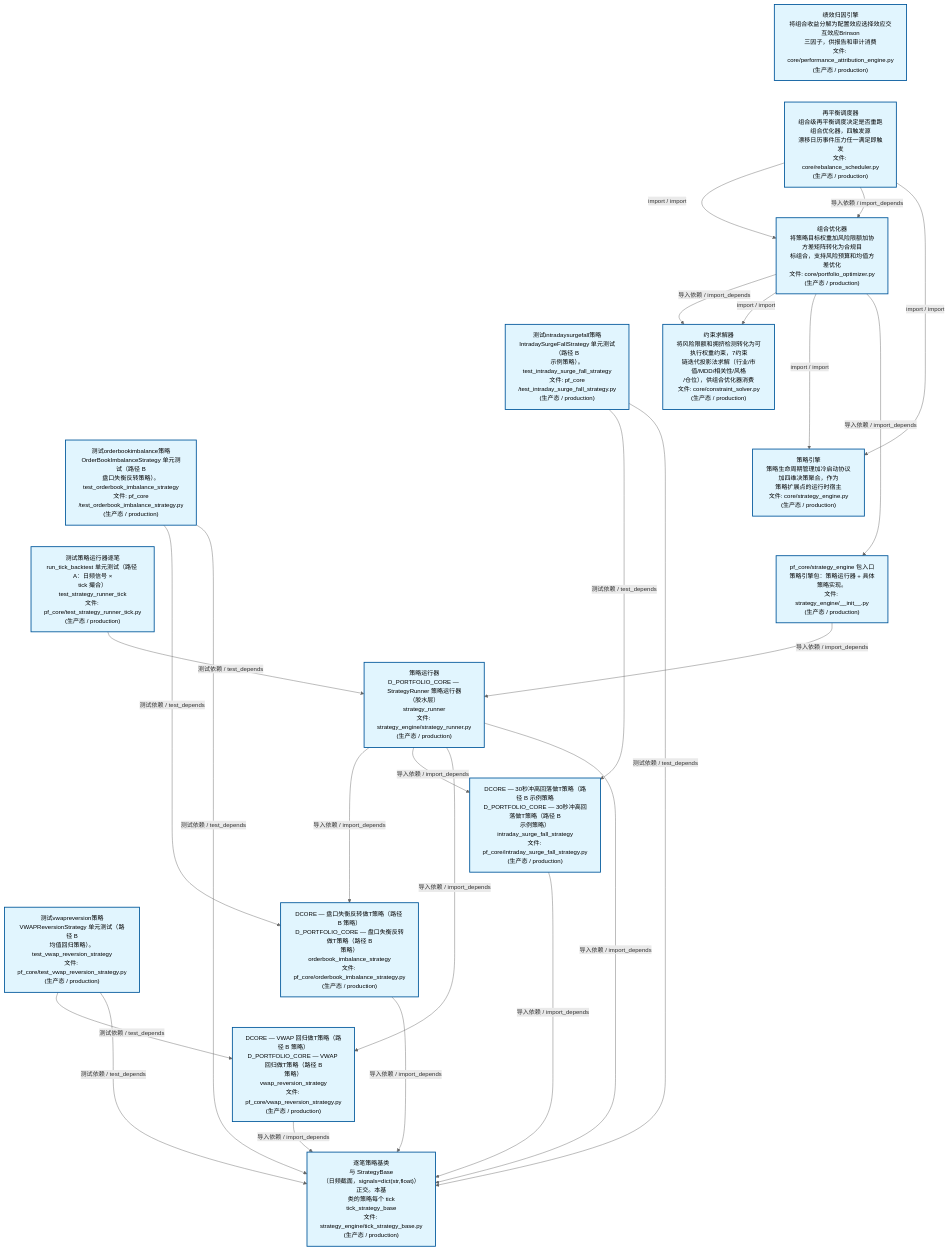
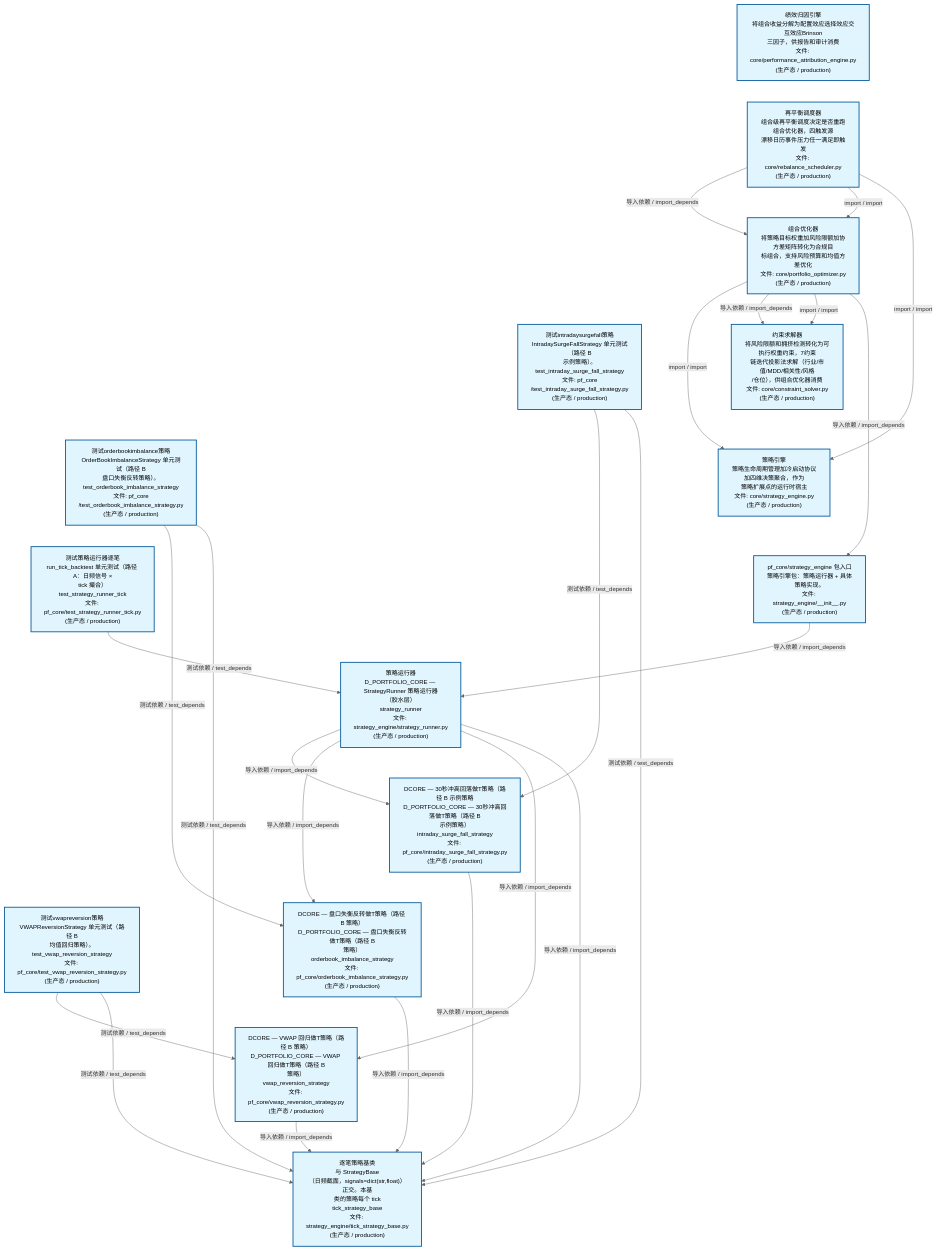
One commit to xuanFelixVan/ZephyrAlpha changed the second of 4 diagrams in docs/02_enterprise_architecture/02_domain_architecture_docs/63_d_pf_core.md. Above: the diagram before and after it, drawn with Mermaid. The commit also changed other lines of this file and 42 other files, not shown here.

````diff
--- a/docs/02_enterprise_architecture/02_domain_architecture_docs/63_d_pf_core.md
+++ b/docs/02_enterprise_architecture/02_domain_architecture_docs/63_d_pf_core.md
@@ -140,55 +140,55 @@
 ```mermaid
 %%{init: {'theme': 'base', 'themeVariables': {'primaryColor': '#eaeaea', 'primaryTextColor': '#333333', 'primaryBorderColor': '#666666', 'lineColor': '#666666', 'secondaryColor': '#eaeaea', 'tertiaryColor': '#eaeaea', 'fontSize': '14px'}}}%%
 flowchart TD
     src_zephyr_pf_core_core_performance_attribution_engine_py["绩效归因引擎<br/>将组合收益分解为配置效应选择效应交互效应Brinson<br/>三因子，供报告和审计消费<br/>文件: core/performance_attribution_engine.py<br/>(生产态 / production)"]
     src_zephyr_pf_core_core_rebalance_scheduler_py["再平衡调度器<br/>组合级再平衡调度决定是否重跑组合优化器，四触发源<br/>漂移日历事件压力任一满足即触发<br/>文件: core/rebalance_scheduler.py<br/>(生产态 / production)"]
     tests_pf_core_test_intraday_surge_fall_strategy_py["测试intradaysurgefall策略<br/>IntradaySurgeFallStrategy 单元测试（路径 B<br/>示例策略）。<br/>test_intraday_surge_fall_strategy<br/>文件: pf_core<br/>/test_intraday_surge_fall_strategy.py<br/>(生产态 / production)"]
     tests_pf_core_test_orderbook_imbalance_strategy_py["测试orderbookimbalance策略<br/>OrderBookImbalanceStrategy 单元测试（路径 B<br/>盘口失衡反转策略）。<br/>test_orderbook_imbalance_strategy<br/>文件: pf_core<br/>/test_orderbook_imbalance_strategy.py<br/>(生产态 / production)"]
     tests_pf_core_test_strategy_runner_tick_py["测试策略运行器逐笔<br/>run_tick_backtest 单元测试（路径 A：日频信号 ×<br/>tick 撮合）<br/>test_strategy_runner_tick<br/>文件: pf_core/test_strategy_runner_tick.py<br/>(生产态 / production)"]
     tests_pf_core_test_vwap_reversion_strategy_py["测试vwapreversion策略<br/>VWAPReversionStrategy 单元测试（路径 B<br/>均值回归策略）。<br/>test_vwap_reversion_strategy<br/>文件: pf_core/test_vwap_reversion_strategy.py<br/>(生产态 / production)"]
     src_zephyr_pf_core_core_performance_attribution_engine_py ~~~ src_zephyr_pf_core_core_rebalance_scheduler_py
     src_zephyr_pf_core_core_rebalance_scheduler_py ~~~ tests_pf_core_test_intraday_surge_fall_strategy_py
     tests_pf_core_test_intraday_surge_fall_strategy_py ~~~ tests_pf_core_test_orderbook_imbalance_strategy_py
     tests_pf_core_test_orderbook_imbalance_strategy_py ~~~ tests_pf_core_test_strategy_runner_tick_py
     tests_pf_core_test_strategy_runner_tick_py ~~~ tests_pf_core_test_vwap_reversion_strategy_py
     src_zephyr_pf_core_core_portfolio_optimizer_py["组合优化器<br/>将策略目标权重加风险限额加协方差矩阵转化为合规目<br/>标组合，支持风险预算和均值方差优化<br/>文件: core/portfolio_optimizer.py<br/>(生产态 / production)"]
     src_zephyr_pf_core_core_constraint_solver_py["约束求解器<br/>将风险限额和拥挤检测转化为可执行权重约束，7约束<br/>链迭代投影法求解（行业/市值/MDD/相关性/风格<br/>/仓位），供组合优化器消费<br/>文件: core/constraint_solver.py<br/>(生产态 / production)"]
     src_zephyr_pf_core_core_strategy_engine_py["策略引擎<br/>策略生命周期管理加冷启动协议加四维决策聚合，作为<br/>策略扩展点的运行时宿主<br/>文件: core/strategy_engine.py<br/>(生产态 / production)"]
     src_zephyr_pf_core_strategy_engine_init_py["pf_core/strategy_engine 包入口<br/>策略引擎包：策略运行器 + 具体策略实现。<br/>文件: strategy_engine/__init__.py<br/>(生产态 / production)"]
     src_zephyr_pf_core_core_constraint_solver_py ~~~ src_zephyr_pf_core_core_strategy_engine_py
     src_zephyr_pf_core_core_strategy_engine_py ~~~ src_zephyr_pf_core_strategy_engine_init_py
     src_zephyr_pf_core_strategy_engine_strategy_runner_py["策略运行器<br/>D_PORTFOLIO_CORE — StrategyRunner 策略运行器<br/>（胶水层）<br/>strategy_runner<br/>文件: strategy_engine/strategy_runner.py<br/>(生产态 / production)"]
     src_zephyr_pf_core_intraday_surge_fall_strategy_py["DCORE — 30秒冲高回落做T策略（路径 B 示例策略<br/>D_PORTFOLIO_CORE — 30秒冲高回落做T策略（路径 B<br/>示例策略）<br/>intraday_surge_fall_strategy<br/>文件: pf_core/intraday_surge_fall_strategy.py<br/>(生产态 / production)"]
     src_zephyr_pf_core_orderbook_imbalance_strategy_py["DCORE — 盘口失衡反转做T策略（路径 B 策略）<br/>D_PORTFOLIO_CORE — 盘口失衡反转做T策略（路径 B<br/>策略）<br/>orderbook_imbalance_strategy<br/>文件: pf_core/orderbook_imbalance_strategy.py<br/>(生产态 / production)"]
     src_zephyr_pf_core_vwap_reversion_strategy_py["DCORE — VWAP 回归做T策略（路径 B 策略）<br/>D_PORTFOLIO_CORE — VWAP 回归做T策略（路径 B<br/>策略）<br/>vwap_reversion_strategy<br/>文件: pf_core/vwap_reversion_strategy.py<br/>(生产态 / production)"]
     src_zephyr_pf_core_intraday_surge_fall_strategy_py ~~~ src_zephyr_pf_core_orderbook_imbalance_strategy_py
     src_zephyr_pf_core_orderbook_imbalance_strategy_py ~~~ src_zephyr_pf_core_vwap_reversion_strategy_py
     src_zephyr_pf_core_strategy_engine_tick_strategy_base_py["逐笔策略基类<br/>与 StrategyBase<br/>（日频截面，signals=dict(str,float)）正交。本基<br/>类的策略每个 tick<br/>tick_strategy_base<br/>文件: strategy_engine/tick_strategy_base.py<br/>(生产态 / production)"]
+    src_zephyr_pf_core_intraday_surge_fall_strategy_py -->|导入依赖 / import_depends| src_zephyr_pf_core_strategy_engine_tick_strategy_base_py
     src_zephyr_pf_core_orderbook_imbalance_strategy_py -->|导入依赖 / import_depends| src_zephyr_pf_core_strategy_engine_tick_strategy_base_py
-    src_zephyr_pf_core_intraday_surge_fall_strategy_py -->|导入依赖 / import_depends| src_zephyr_pf_core_strategy_engine_tick_strategy_base_py
     src_zephyr_pf_core_vwap_reversion_strategy_py -->|导入依赖 / import_depends| src_zephyr_pf_core_strategy_engine_tick_strategy_base_py
-    src_zephyr_pf_core_core_rebalance_scheduler_py -->|import / import| src_zephyr_pf_core_core_portfolio_optimizer_py
-    src_zephyr_pf_core_core_rebalance_scheduler_py -->|导入依赖 / import_depends| src_zephyr_pf_core_core_portfolio_optimizer_py
-    src_zephyr_pf_core_core_rebalance_scheduler_py -->|import / import| src_zephyr_pf_core_core_strategy_engine_py
+    src_zephyr_pf_core_core_portfolio_optimizer_py -->|import / import| src_zephyr_pf_core_core_strategy_engine_py
     src_zephyr_pf_core_core_portfolio_optimizer_py -->|导入依赖 / import_depends| src_zephyr_pf_core_core_constraint_solver_py
     src_zephyr_pf_core_core_portfolio_optimizer_py -->|import / import| src_zephyr_pf_core_core_constraint_solver_py
-    src_zephyr_pf_core_core_portfolio_optimizer_py -->|import / import| src_zephyr_pf_core_core_strategy_engine_py
     src_zephyr_pf_core_core_portfolio_optimizer_py -->|导入依赖 / import_depends| src_zephyr_pf_core_strategy_engine_init_py
+    src_zephyr_pf_core_core_rebalance_scheduler_py -->|导入依赖 / import_depends| src_zephyr_pf_core_core_portfolio_optimizer_py
+    src_zephyr_pf_core_core_rebalance_scheduler_py -->|import / import| src_zephyr_pf_core_core_portfolio_optimizer_py
+    src_zephyr_pf_core_core_rebalance_scheduler_py -->|import / import| src_zephyr_pf_core_core_strategy_engine_py
+    src_zephyr_pf_core_strategy_engine_init_py -->|导入依赖 / import_depends| src_zephyr_pf_core_strategy_engine_strategy_runner_py
+    src_zephyr_pf_core_strategy_engine_strategy_runner_py -->|导入依赖 / import_depends| src_zephyr_pf_core_intraday_surge_fall_strategy_py
     src_zephyr_pf_core_strategy_engine_strategy_runner_py -->|导入依赖 / import_depends| src_zephyr_pf_core_orderbook_imbalance_strategy_py
-    src_zephyr_pf_core_strategy_engine_strategy_runner_py -->|导入依赖 / import_depends| src_zephyr_pf_core_intraday_surge_fall_strategy_py
     src_zephyr_pf_core_strategy_engine_strategy_runner_py -->|导入依赖 / import_depends| src_zephyr_pf_core_vwap_reversion_strategy_py
     src_zephyr_pf_core_strategy_engine_strategy_runner_py -->|导入依赖 / import_depends| src_zephyr_pf_core_strategy_engine_tick_strategy_base_py
-    src_zephyr_pf_core_strategy_engine_init_py -->|导入依赖 / import_depends| src_zephyr_pf_core_strategy_engine_strategy_runner_py
+    tests_pf_core_test_intraday_surge_fall_strategy_py -->|测试依赖 / test_depends| src_zephyr_pf_core_intraday_surge_fall_strategy_py
+    tests_pf_core_test_intraday_surge_fall_strategy_py -->|测试依赖 / test_depends| src_zephyr_pf_core_strategy_engine_tick_strategy_base_py
     tests_pf_core_test_orderbook_imbalance_strategy_py -->|测试依赖 / test_depends| src_zephyr_pf_core_orderbook_imbalance_strategy_py
     tests_pf_core_test_orderbook_imbalance_strategy_py -->|测试依赖 / test_depends| src_zephyr_pf_core_strategy_engine_tick_strategy_base_py
+    tests_pf_core_test_strategy_runner_tick_py -->|测试依赖 / test_depends| src_zephyr_pf_core_strategy_engine_strategy_runner_py
     tests_pf_core_test_vwap_reversion_strategy_py -->|测试依赖 / test_depends| src_zephyr_pf_core_vwap_reversion_strategy_py
     tests_pf_core_test_vwap_reversion_strategy_py -->|测试依赖 / test_depends| src_zephyr_pf_core_strategy_engine_tick_strategy_base_py
-    tests_pf_core_test_strategy_runner_tick_py -->|测试依赖 / test_depends| src_zephyr_pf_core_strategy_engine_strategy_runner_py
-    tests_pf_core_test_intraday_surge_fall_strategy_py -->|测试依赖 / test_depends| src_zephyr_pf_core_intraday_surge_fall_strategy_py
-    tests_pf_core_test_intraday_surge_fall_strategy_py -->|测试依赖 / test_depends| src_zephyr_pf_core_strategy_engine_tick_strategy_base_py
     classDef production fill:#e1f5fe,stroke:#01579b,stroke-width:2px,color:#000
     classDef design fill:#fff3e0,stroke:#e65100,stroke-width:2px,color:#000,stroke-dasharray: 5 5
     classDef external_prod fill:#e8f4fd,stroke:#0277bd,stroke-width:1px,color:#000
     classDef external_design fill:#fff8e7,stroke:#ef6c00,stroke-width:1px,color:#000,stroke-dasharray: 5 5
     class src_zephyr_pf_core_core_constraint_solver_py,src_zephyr_pf_core_core_performance_attribution_engine_py,src_zephyr_pf_core_core_portfolio_optimizer_py,src_zephyr_pf_core_core_rebalance_scheduler_py,src_zephyr_pf_core_core_strategy_engine_py,src_zephyr_pf_core_intraday_surge_fall_strategy_py,src_zephyr_pf_core_orderbook_imbalance_strategy_py,src_zephyr_pf_core_strategy_engine_init_py,src_zephyr_pf_core_strategy_engine_strategy_runner_py,src_zephyr_pf_core_strategy_engine_tick_strategy_base_py,src_zephyr_pf_core_vwap_reversion_strategy_py,tests_pf_core_test_intraday_surge_fall_strategy_py,tests_pf_core_test_orderbook_imbalance_strategy_py,tests_pf_core_test_strategy_runner_tick_py,tests_pf_core_test_vwap_reversion_strategy_py production
 ```
````
